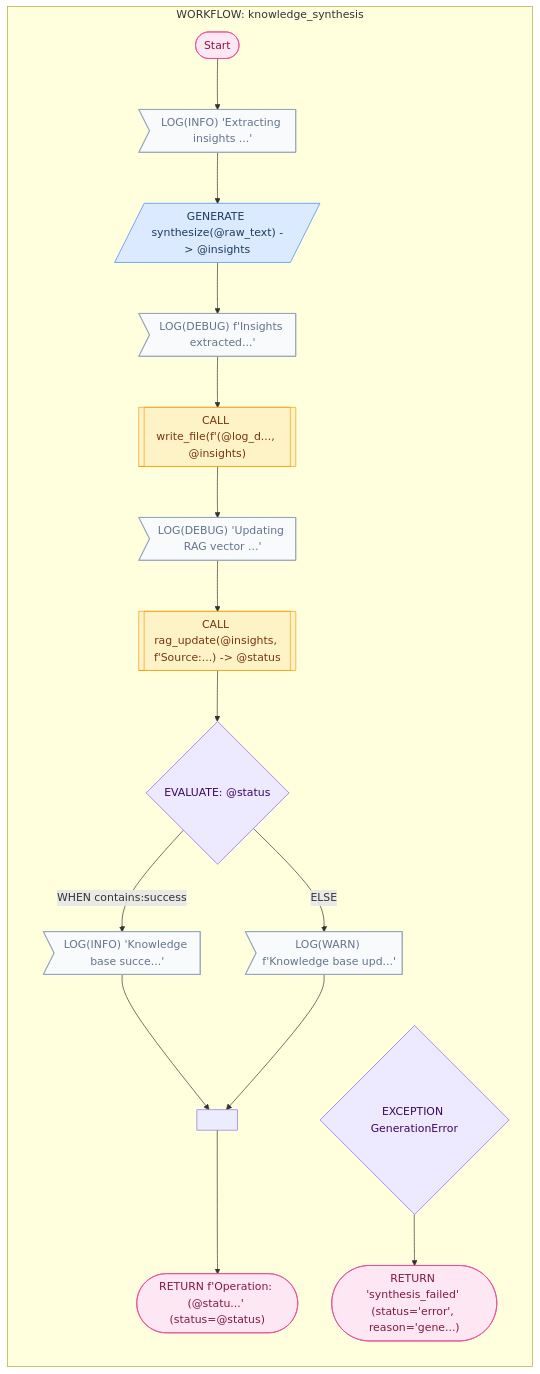
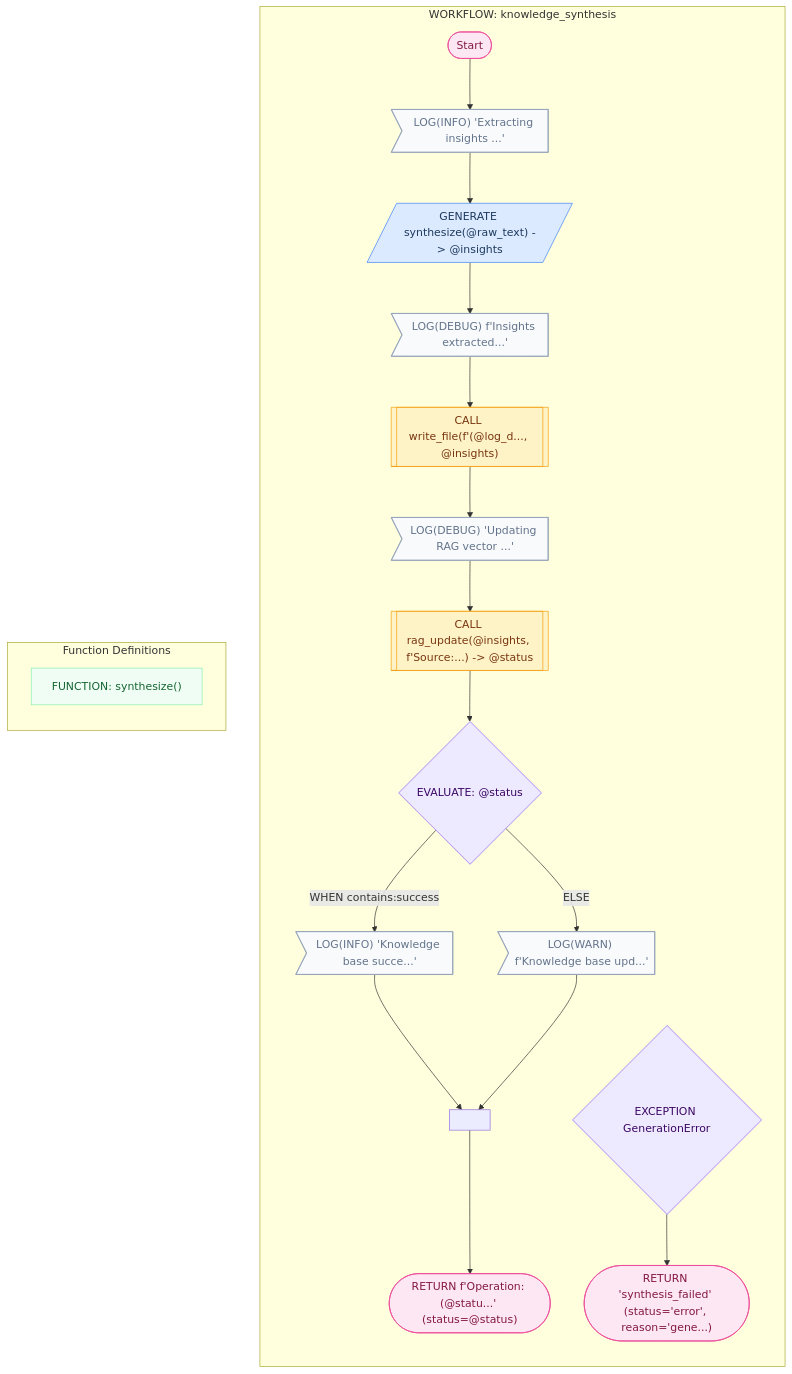
One commit to digital-duck/SPL.py changed the diagram in cookbook/42_knowledge_synthesis/mermaid/knowledge_synthesis.md. Above: the diagram before and after it, drawn with Mermaid. The commit also changed 334 other files, not shown here.

````diff
--- a/cookbook/42_knowledge_synthesis/mermaid/knowledge_synthesis.md
+++ b/cookbook/42_knowledge_synthesis/mermaid/knowledge_synthesis.md
@@ -7,52 +7,57 @@
 ```mermaid
 flowchart TD
     subgraph SG_knowledge_synthesis["WORKFLOW: knowledge_synthesis"]
     direction TB
     START1(["Start"])
     LOG2>"LOG(INFO) 'Extracting insights ...'"]
     GEN3[/"GENERATE synthesize(@raw_text) -> @insights"/]
     LOG2 --> GEN3
     LOG4>"LOG(DEBUG) f'Insights extracted...'"]
     GEN3 --> LOG4
     SUB5[["CALL write_file(f'(@log_d..., @insights)"]]
     LOG4 --> SUB5
     LOG6>"LOG(DEBUG) 'Updating RAG vector ...'"]
     SUB5 --> LOG6
     SUB7[["CALL rag_update(@insights, f'Source:...) -> @status"]]
     LOG6 --> SUB7
     EVAL8{"EVALUATE: @status"}
     LOG10>"LOG(INFO) 'Knowledge base succe...'"]
     EVAL8 -->|"WHEN contains:success"| LOG10
     LOG10 --> MERGE9
     LOG11>"LOG(WARN) f'Knowledge base upd...'"]
     EVAL8 -->|"ELSE"| LOG11
     LOG11 --> MERGE9
     MERGE9[" "]
     SUB7 --> EVAL8
     RET12(["RETURN f'Operation: (@statu...' (status=@status)"])
     MERGE9 --> RET12
     START1 --> LOG2
     EXC13{"EXCEPTION GenerationError"}
     RET14(["RETURN 'synthesis_failed' (status='error', reason='gene...)"])
     EXC13 --> RET14
     end
+    subgraph FUNCTIONS["Function Definitions"]
+    direction TB
+    FN15["FUNCTION: synthesize()"]
+    end
     class START1 term
     class LOG2 log
     class GEN3 llm
     class LOG4 log
     class SUB5 proc
     class LOG6 log
     class SUB7 proc
     class EVAL8 ctrl
     class LOG10 log
     class LOG11 log
     class RET12 term
     class EXC13 ctrl
     class RET14 term
+    class FN15 fn
     classDef llm fill:#dbeafe,stroke:#3b82f6,color:#1e3a5f
     classDef proc fill:#fef3c7,stroke:#f59e0b,color:#78350f
     classDef ctrl fill:#ede9fe,stroke:#8b5cf6,color:#3b0764
     classDef term fill:#fce7f3,stroke:#ec4899,color:#831843
     classDef log fill:#f8fafc,stroke:#94a3b8,color:#64748b
     classDef fn fill:#f0fdf4,stroke:#86efac,color:#166534
 ```
````
